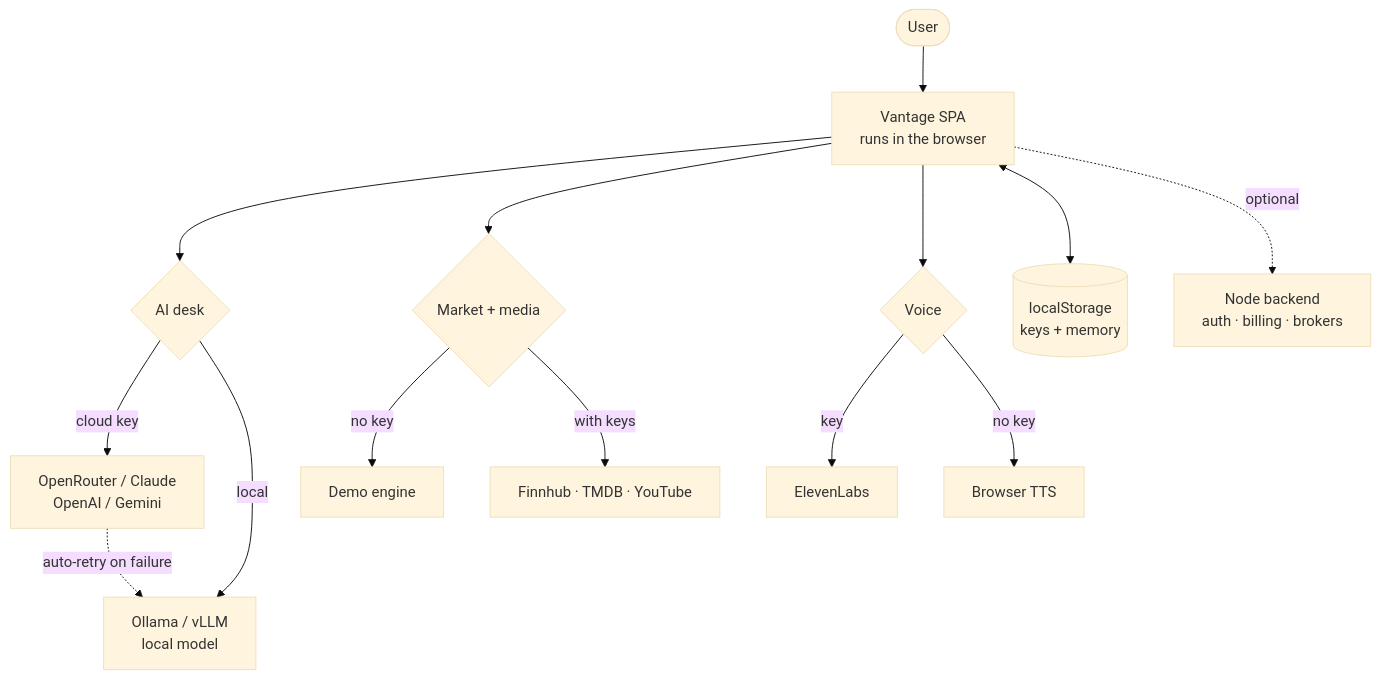
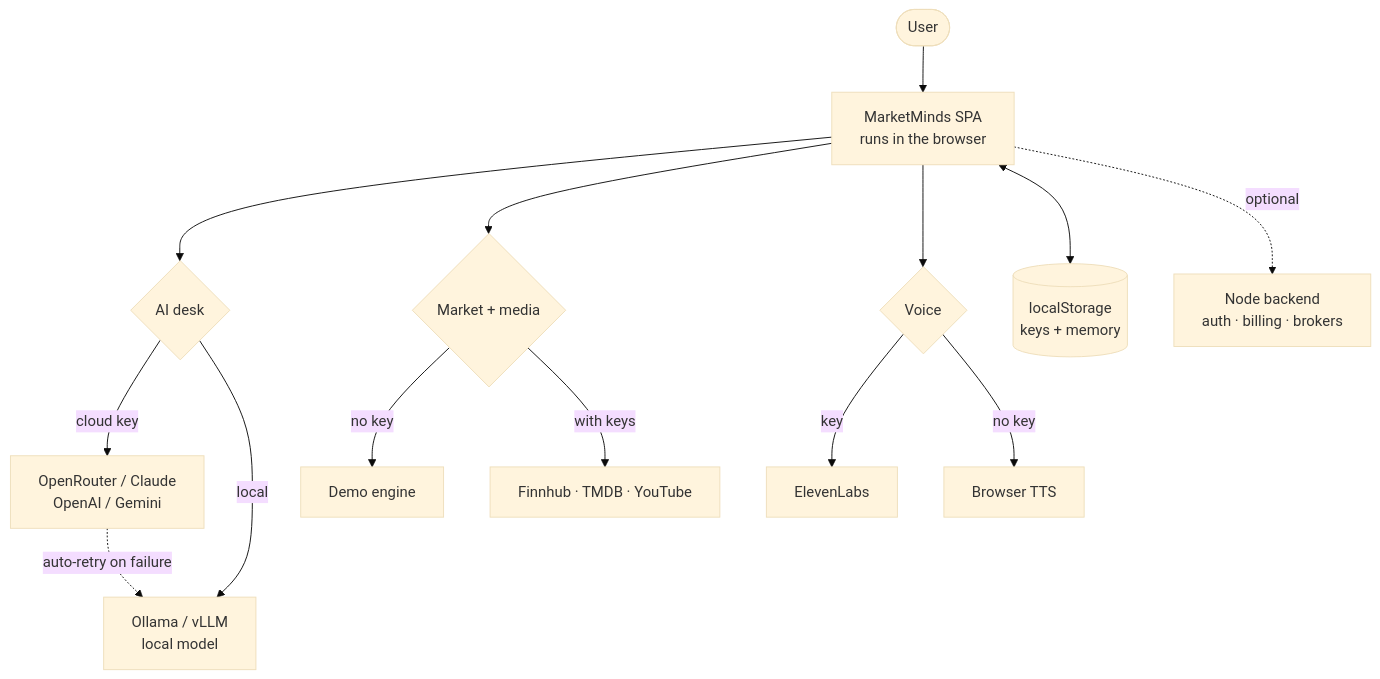
One commit to ryanwien/VantageApplication changed the diagram in README.md. Above: the diagram before and after it, drawn with Mermaid (base theme). The commit also changed other lines of this file and 41 other files, not shown here.

First line of the commit message:
refactor(brand): the app is MarketMinds now, except where renaming would break it

````diff
--- a/README.md
+++ b/README.md
@@ -27,20 +27,20 @@
 ```mermaid
 flowchart TD
-    U([User]) --> UI["Vantage SPA<br/>runs in the browser"]
+    U([User]) --> UI["MarketMinds SPA<br/>runs in the browser"]
 
     UI --> DESK{AI desk}
     DESK -->|cloud key| CLOUD["OpenRouter / Claude<br/>OpenAI / Gemini"]
     DESK -->|local| LOCAL["Ollama / vLLM<br/>local model"]
     CLOUD -.->|auto-retry on failure| LOCAL
 
     UI --> DATA{Market + media}
     DATA -->|no key| DEMO["Demo engine"]
     DATA -->|with keys| FEEDS["Finnhub · TMDB · YouTube"]
 
     UI --> VOICE{Voice}
     VOICE -->|key| EL["ElevenLabs"]
     VOICE -->|no key| TTS["Browser TTS"]
 
     UI <--> LS[("localStorage<br/>keys + memory")]
     UI -.optional.-> BE["Node backend<br/>auth · billing · brokers"]
 ```
````
